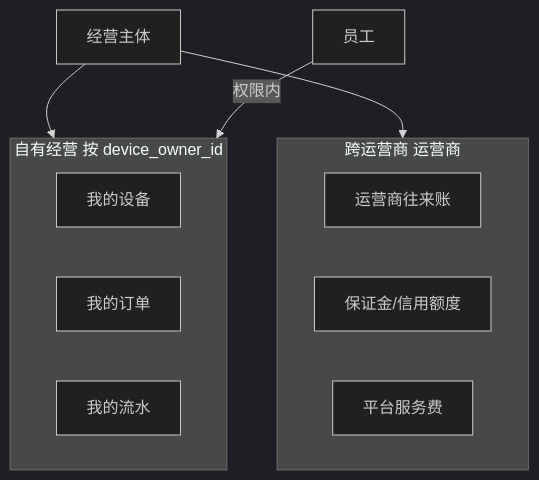
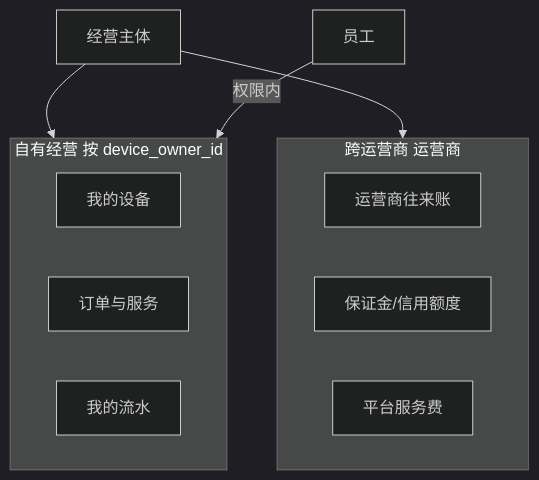
One commit to liudali/rider-swap-operator-prototype changed diagram 17 of 18 in docs/功能结构与业务流程.md. Above: the diagram before and after it, drawn with Mermaid (dark theme). The commit also changed other lines of this file and 71 other files, not shown here.

````diff
--- a/docs/功能结构与业务流程.md
+++ b/docs/功能结构与业务流程.md
@@ -568,18 +575,18 @@
 ```mermaid
 flowchart TB
   subgraph own [自有经营 按 device_owner_id]
     D1[我的设备]
-    D2[我的订单]
+    D2[订单与服务]
     D3[我的流水]
   end
 
   subgraph inter [跨运营商 运营商]
     I1[运营商往来账]
     I2[保证金/信用额度]
     I3[平台服务费]
   end
 
   Entity[经营主体] --> own
   Entity --> inter
   Staff[员工] -->|权限内| own
 ```
````
